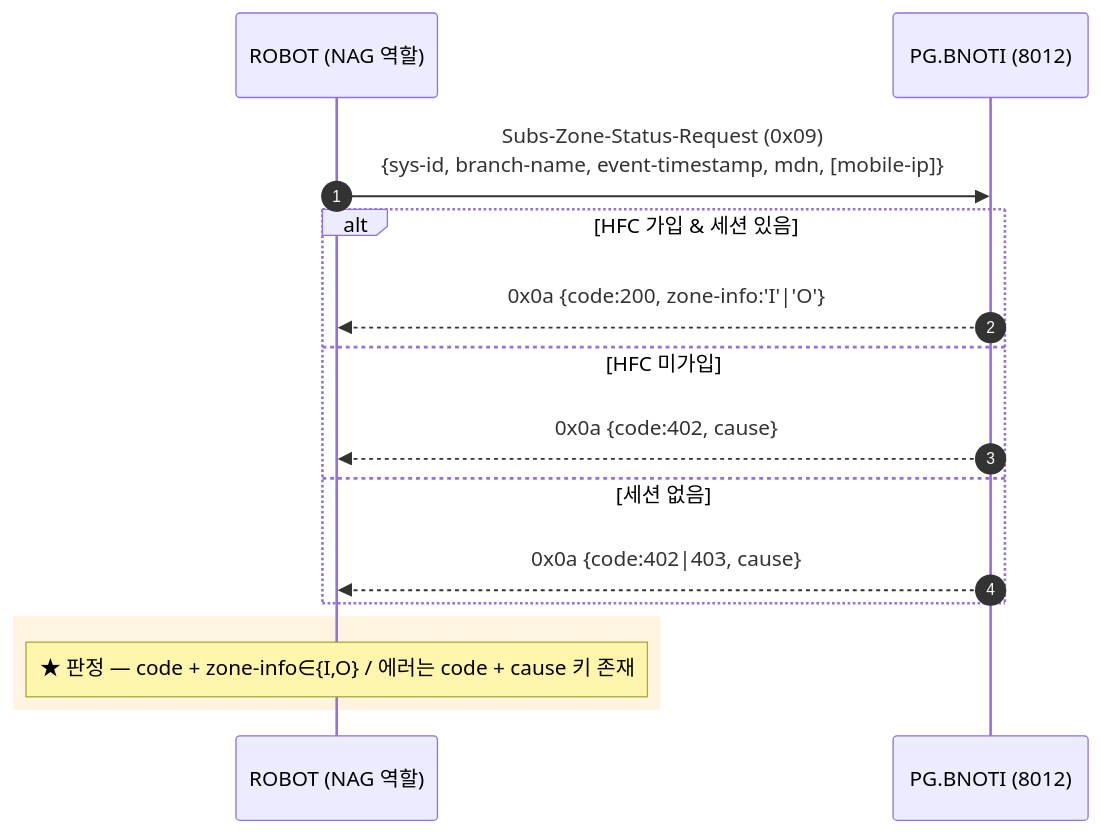
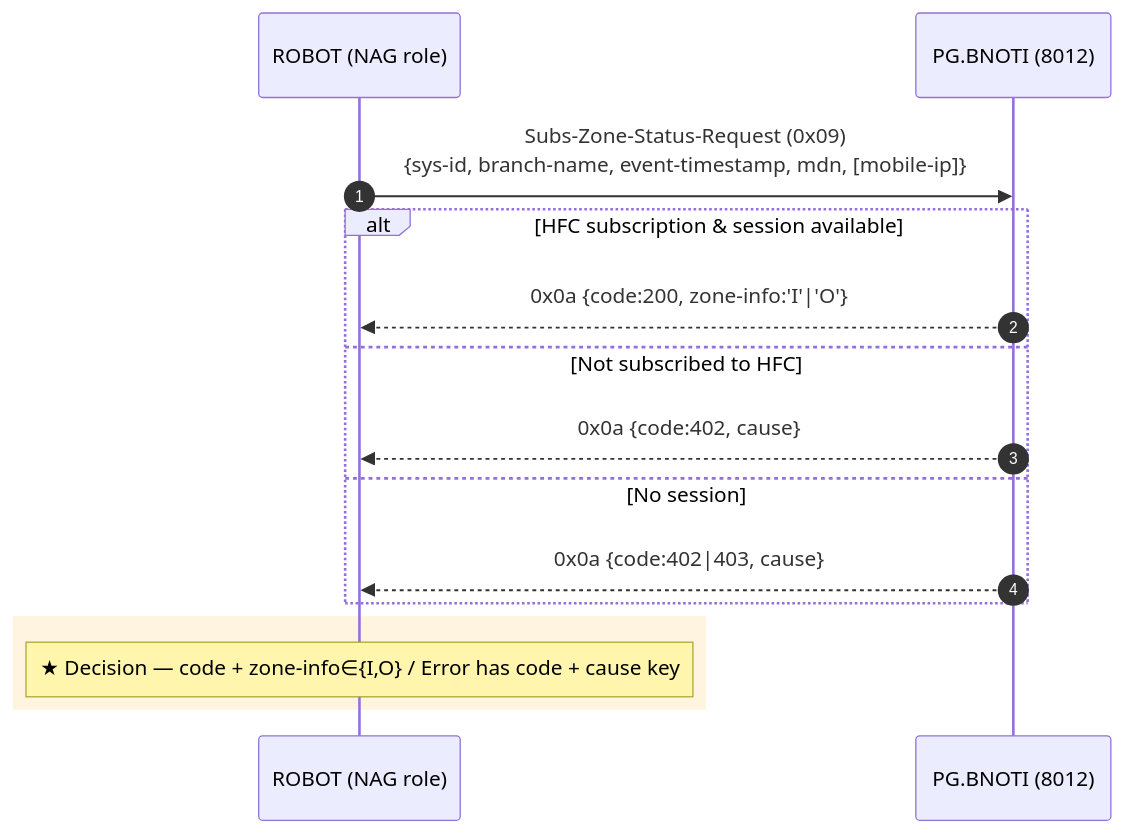
One commit to IanKim2030/tc4robot changed the third of 5 diagrams in docs/callflow/nag_callflow.md. Above: the diagram before and after it, drawn with Mermaid. The commit also changed other lines of this file and 83 other files, not shown here.

````diff
--- a/docs/callflow/nag_callflow.md
+++ b/docs/callflow/nag_callflow.md
@@ -100,18 +100,18 @@
 ```mermaid
 sequenceDiagram
     autonumber
-    participant TOOL as ROBOT (NAG 역할)
+    participant TOOL as ROBOT (NAG role)
     participant PG as PG.BNOTI (8012)
 
     TOOL->>PG: Subs-Zone-Status-Request (0x09)<br/>{sys-id, branch-name, event-timestamp, mdn, [mobile-ip]}
-    alt HFC 가입 & 세션 있음
+    alt HFC subscription & session available
         PG-->>TOOL: 0x0a {code:200, zone-info:'I'|'O'}
-    else HFC 미가입
+    else Not subscribed to HFC
         PG-->>TOOL: 0x0a {code:402, cause}
-    else 세션 없음
+    else No session
         PG-->>TOOL: 0x0a {code:402|403, cause}
     end
     rect rgba(255, 176, 32, 0.14)
-    Note over TOOL: ★ 판정 — code + zone-info∈{I,O} / 에러는 code + cause 키 존재
+    Note over TOOL:★ Decision — code + zone-info∈{I,O} / Error has code + cause key
     end
 ```
````
